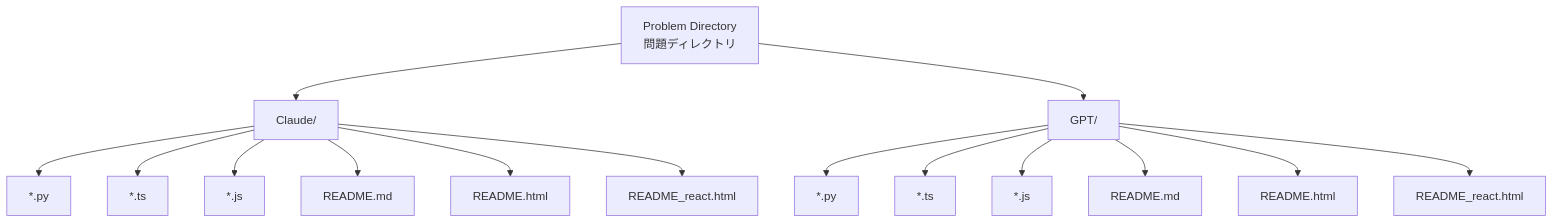
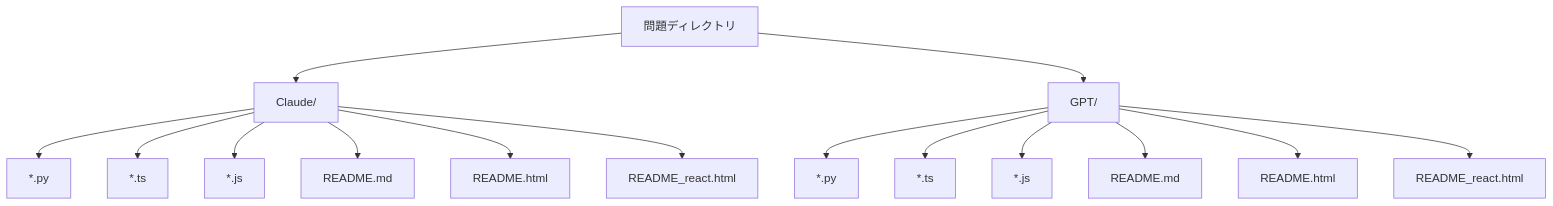
One commit to myoshi2891/Algorithm-DataStructures-Math-SQL changed the fifth of 8 diagrams in README.md. Above: the diagram before and after it, drawn with Mermaid. The commit also changed other lines of this file, not shown here.

````diff
--- a/README.md
+++ b/README.md
@@ -178,24 +167,19 @@
 ```mermaid
-graph TB
-    Problem[Problem Directory<br/>問題ディレクトリ]
-
-    Claude[Claude/]
-    GPT[GPT/]
-
-    Problem --> Claude
-    Problem --> GPT
-
-    Claude --> CPy[*.py]
-    Claude --> CTS[*.ts]
-    Claude --> CJS[*.js]
-    Claude --> CMD[README.md]
-    Claude --> CHTML[README.html]
-    Claude --> CReact[README_react.html]
-
-    GPT --> GPy[*.py]
-    GPT --> GTS[*.ts]
-    GPT --> GJS[*.js]
-    GPT --> GMD[README.md]
-    GPT --> GHTML[README.html]
-    GPT --> GReact[README_react.html]
+graph TD
+    A[問題ディレクトリ] --> B[Claude/]
+    A --> C[GPT/]
+    
+    B --> B1[*.py]
+    B --> B2[*.ts]
+    B --> B3[*.js]
+    B --> B4[README.md]
+    B --> B5[README.html]
+    B --> B6[README_react.html]
+    
+    C --> C1[*.py]
+    C --> C2[*.ts]
+    C --> C3[*.js]
+    C --> C4[README.md]
+    C --> C5[README.html]
+    C --> C6[README_react.html]
 ```
````
